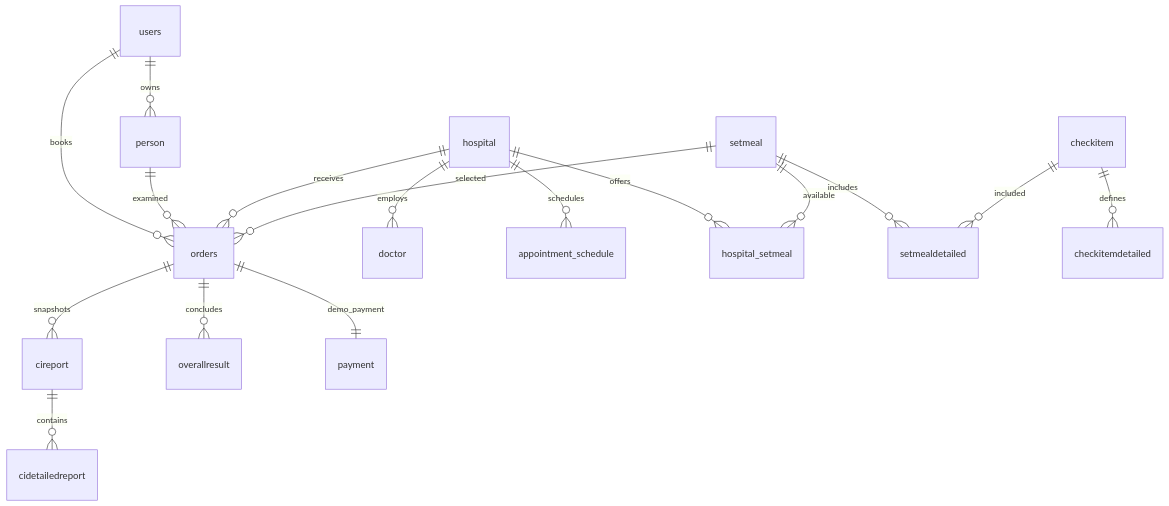
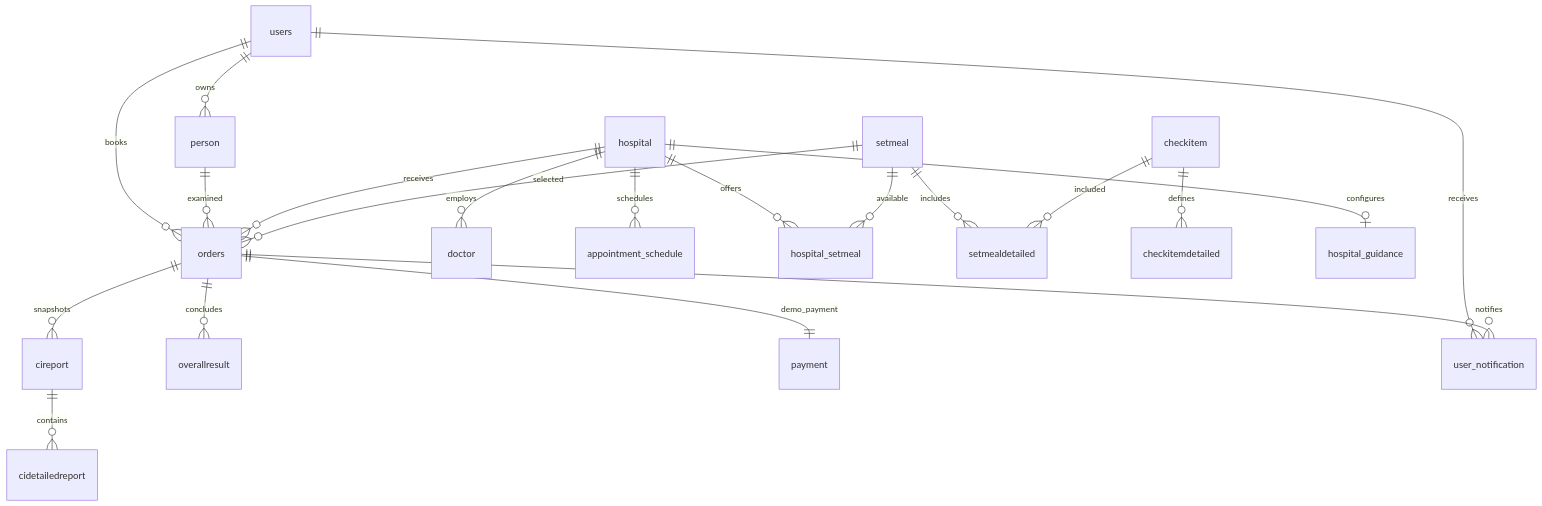
The diagram in docs/DATABASE.md (chenkangkang999/sport-examine), drawn with Mermaid before and after one commit. The commit also changed other lines of this file and 70 other files, not shown here.

````diff
--- a/docs/DATABASE.md
+++ b/docs/DATABASE.md
@@ -7,19 +7,22 @@
 ```mermaid
 erDiagram
   users ||--o{ person : owns
   users ||--o{ orders : books
   person ||--o{ orders : examined
   hospital ||--o{ doctor : employs
   hospital ||--o{ appointment_schedule : schedules
   hospital ||--o{ hospital_setmeal : offers
   setmeal ||--o{ hospital_setmeal : available
   setmeal ||--o{ setmealdetailed : includes
   checkitem ||--o{ setmealdetailed : included
   checkitem ||--o{ checkitemdetailed : defines
   hospital ||--o{ orders : receives
   setmeal ||--o{ orders : selected
   orders ||--o{ cireport : snapshots
   cireport ||--o{ cidetailedreport : contains
   orders ||--o{ overallresult : concludes
   orders ||--|| payment : demo_payment
+  users ||--o{ user_notification : receives
+  orders ||--o{ user_notification : notifies
+  hospital ||--o| hospital_guidance : configures
 ```
````
